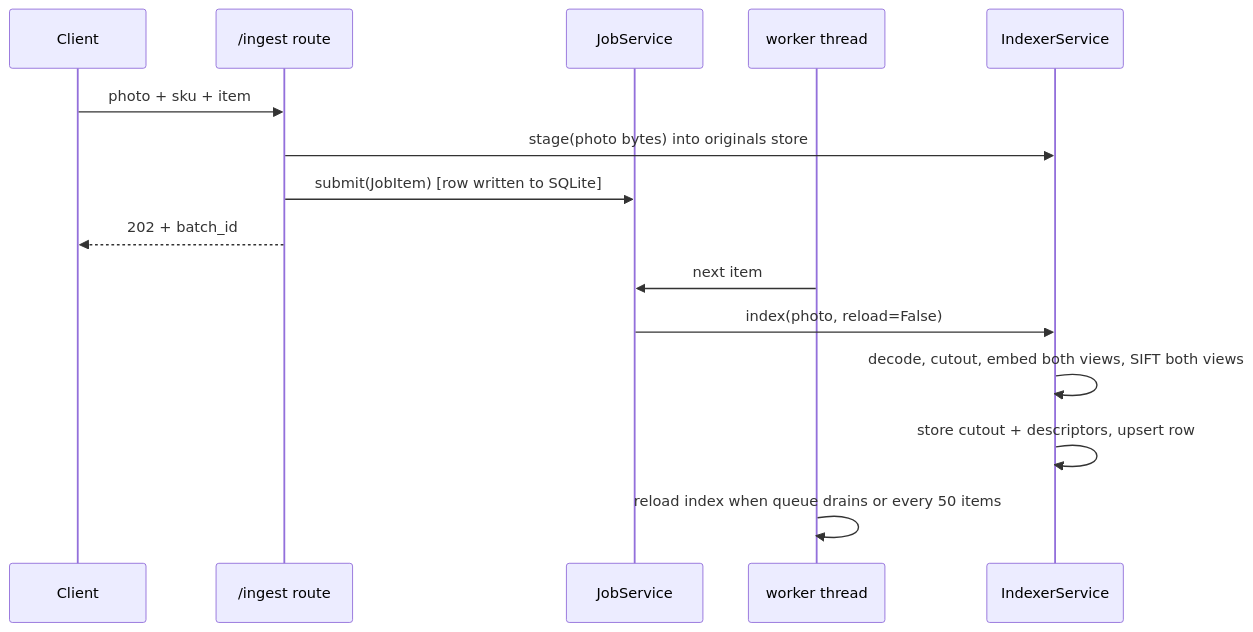
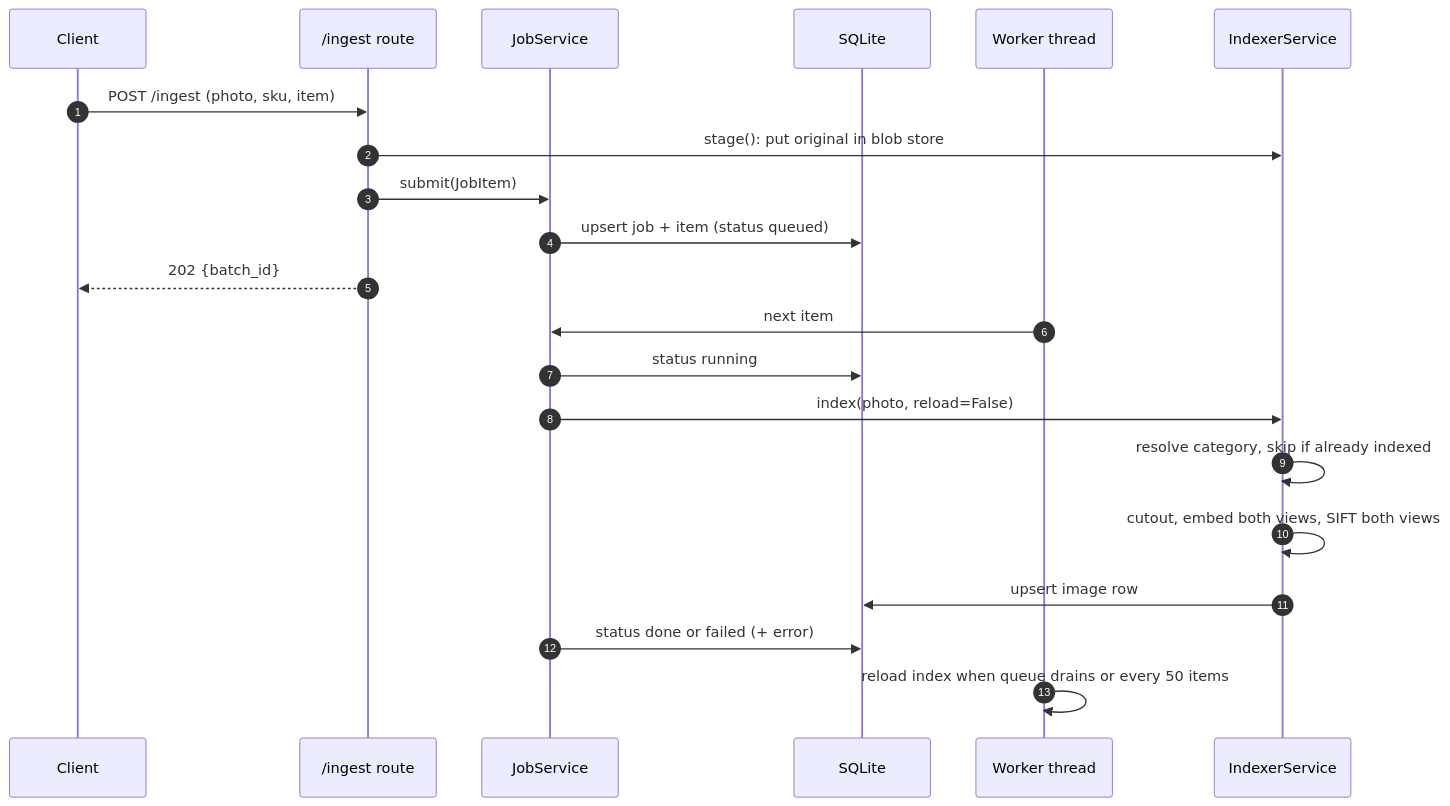
One commit to vivekkushalch/poshak changed the second of 4 diagrams in docs/architecture.md. Above: the diagram before and after it, drawn with Mermaid. The commit also changed other lines of this file and 21 other files, not shown here.

First line of the commit message:
docs: company-grade architecture doc, measured benchmarks, README overhaul

````diff
--- a/docs/architecture.md
+++ b/docs/architecture.md
@@ -71,17 +181,23 @@
 ```mermaid
 sequenceDiagram
+    autonumber
     participant C as Client
-    participant R as /ingest route
+    participant API as /ingest route
     participant J as JobService
-    participant W as worker thread
+    participant DB as SQLite
+    participant W as Worker thread
     participant X as IndexerService
-    C->>R: photo + sku + item
-    R->>X: stage(photo bytes) into originals store
-    R->>J: submit(JobItem)  [row written to SQLite]
-    R-->>C: 202 + batch_id
+    C->>API: POST /ingest (photo, sku, item)
+    API->>X: stage(): put original in blob store
+    API->>J: submit(JobItem)
+    J->>DB: upsert job + item (status queued)
+    API-->>C: 202 {batch_id}
     W->>J: next item
+    J->>DB: status running
     J->>X: index(photo, reload=False)
-    X->>X: decode, cutout, embed both views, SIFT both views
-    X->>X: store cutout + descriptors, upsert row
+    X->>X: resolve category, skip if already indexed
+    X->>X: cutout, embed both views, SIFT both views
+    X->>DB: upsert image row
+    J->>DB: status done or failed (+ error)
     W->>W: reload index when queue drains or every 50 items
 ```
````
